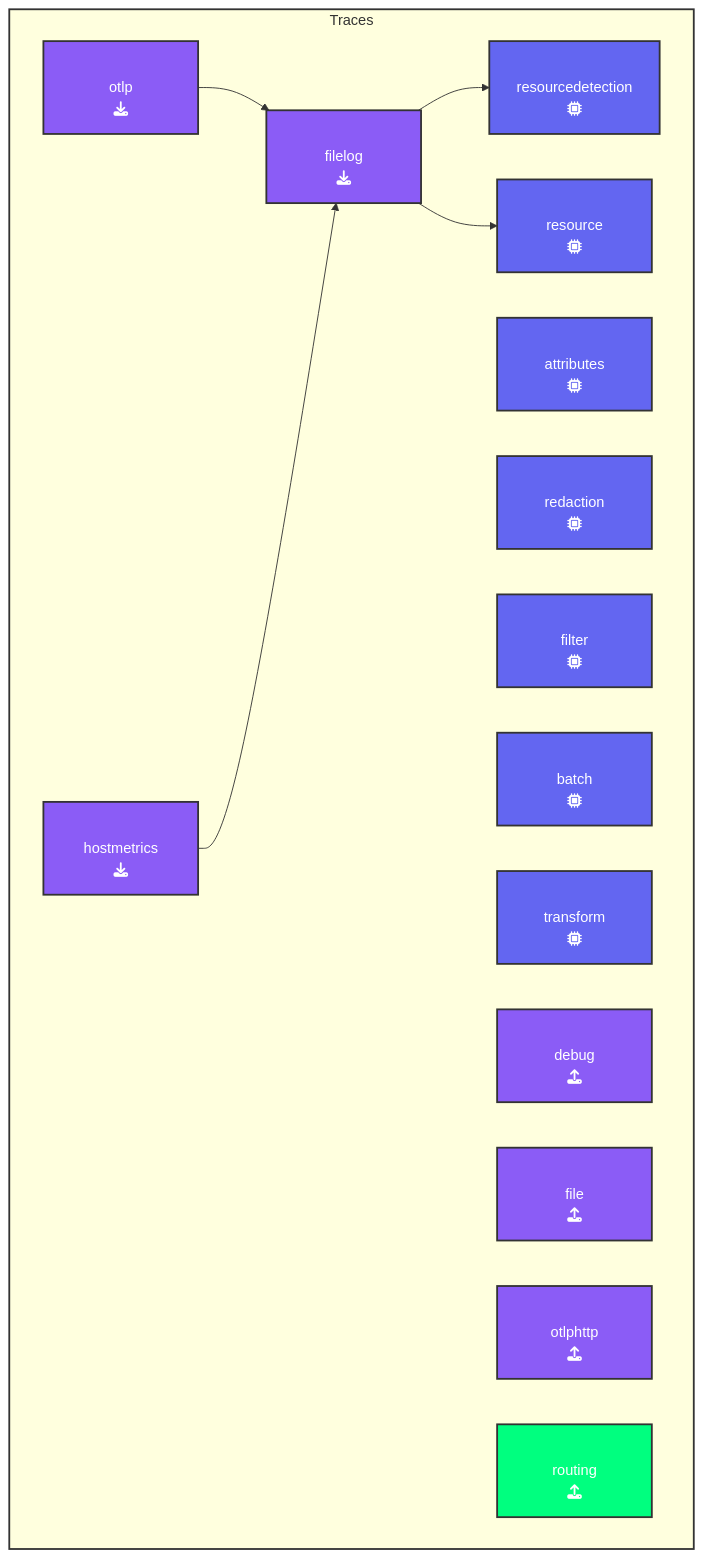
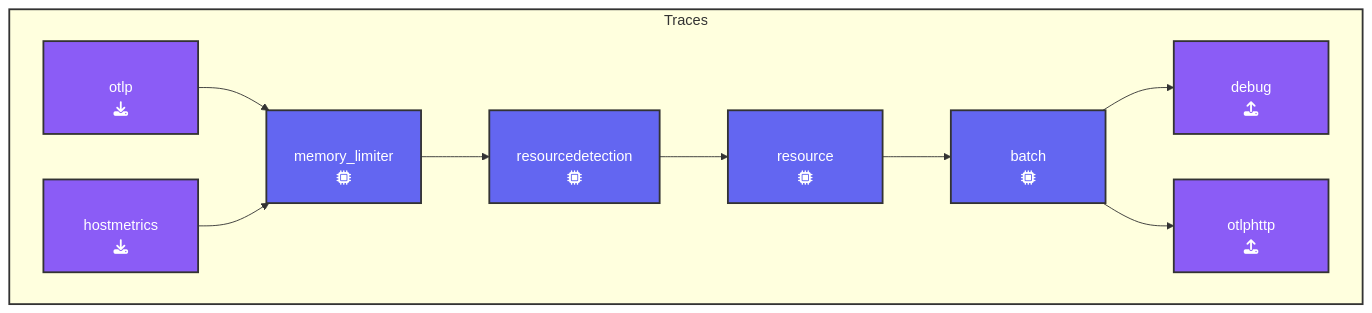
The diagram in content/en/ninja-workshops/10-advanced-otel/2-gateway/1-test-gateway.md (splunk/observability-workshop), drawn with Mermaid before and after one commit. The commit also changed 2 other files, not shown here.

Commit message:
ok ok  your green is better

````diff
--- a/content/en/ninja-workshops/10-advanced-otel/2-gateway/1-test-gateway.md
+++ b/content/en/ninja-workshops/10-advanced-otel/2-gateway/1-test-gateway.md
@@ -69,33 +69,30 @@
 ```mermaid
 graph LR
   subgraph box[Traces]
     direction LR
     %% Nodes
       A[otlp<br>fa:fa-download]:::receiver
       B[hostmetrics<br>fa:fa-download ]:::receiver
-      C[filelog<br>fa:fa-download]:::receiver
       D[memory_limiter<br>fa:fa-microchip]:::processor
-      D[resourcedetection<br>fa:fa-microchip]:::processor
       E[resource<br>fa:fa-microchip]:::processor
-      G[attributes<br>fa:fa-microchip]:::processor
-      H[redaction<br>fa:fa-microchip]:::processor
-      I[filter<br>fa:fa-microchip]:::processor
+      F[resourcedetection<br>fa:fa-microchip]:::processor      
       J[batch<br>fa:fa-microchip]:::processor
-      K[transform<br>fa:fa-microchip]:::processor
       L[debug<br>fa:fa-upload]:::exporter
-      M[file<br>fa:fa-upload]:::exporter
       N[otlphttp<br>fa:fa-upload]:::exporter
-      O[routing<br>fa:fa-upload]:::connector
+
     end
     %% Links
-      A --> C
-      B --> C
-      C --> D
-      C --> E
+      A --> D
+      B --> D
+      D --> F
+      F --> E
+      E --> J
+      J --> L
+      J --> N
 
 classDef receiver fill:#8b5cf6,stroke:#333,stroke-width:2px,padding-left:110px,color:#fff;
 classDef processor fill:#6366f1,stroke:#333,stroke-width:2px,padding-left:110px,color:#fff;
 classDef exporter fill:#8b5cf6,stroke:#333,stroke-width:2px, padding-left:110px,color:#fff;
 classDef connector fill:#00ff7f,stroke:#333,stroke-width:2px, padding-left:110px,color:#fff;
 style box stroke:#333,stroke-width:2px,fill:#f9a9a9a;
 ```
````
